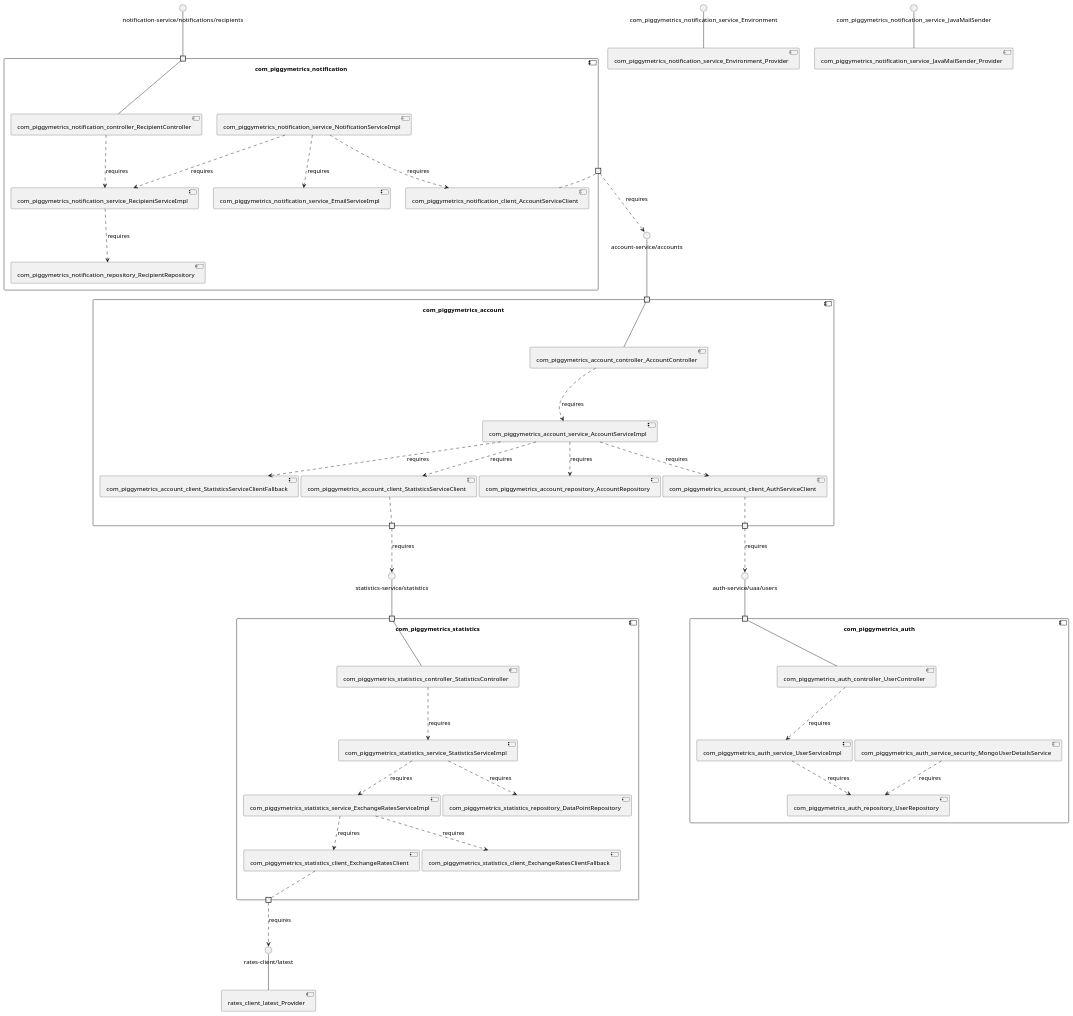
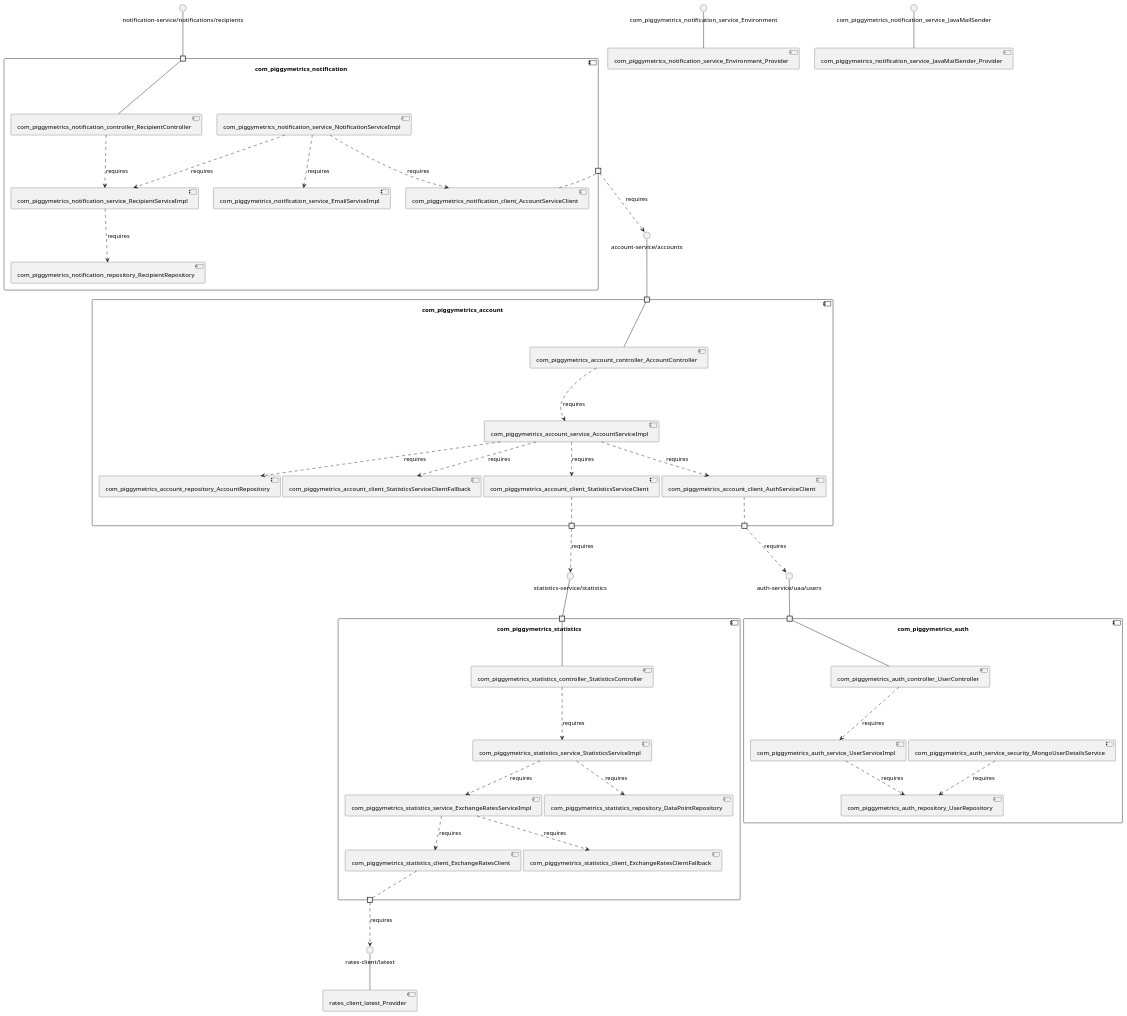
The diagram in sqshq-piggymetrics/model_re/uml/componentDiagram.puml (View-Based-Reverse-Engineering/Retriever-Benchmark), drawn with PlantUML before and after one commit. The commit also changed other lines of this file and 90 other files, not shown here.

```diff
--- a/sqshq-piggymetrics/model_re/uml/componentDiagram.puml
+++ b/sqshq-piggymetrics/model_re/uml/componentDiagram.puml
@@ -1,91 +1,91 @@
 @startuml
 skinparam fixCircleLabelOverlapping true
 skinparam componentStyle uml2
 component "com_piggymetrics_account\n\n\n\n\n\n" {
+[com_piggymetrics_account_client_StatisticsServiceClient]
+[com_piggymetrics_account_service_AccountServiceImpl]
+[com_piggymetrics_account_repository_AccountRepository]
+[com_piggymetrics_account_client_StatisticsServiceClientFallback]
+[com_piggymetrics_account_client_AuthServiceClient]
 [com_piggymetrics_account_controller_AccountController]
-[com_piggymetrics_account_client_StatisticsServiceClient]
-[com_piggymetrics_account_repository_AccountRepository]
-[com_piggymetrics_account_client_AuthServiceClient]
-[com_piggymetrics_account_client_StatisticsServiceClientFallback]
-[com_piggymetrics_account_service_AccountServiceImpl]
 portin " " as com_piggymetrics_account_requires_account_service_accounts
 portout " " as com_piggymetrics_account_provides_statistics_service_statistics
 portout " " as com_piggymetrics_account_provides_auth_service_uaa_users
+[com_piggymetrics_account_service_AccountServiceImpl]..>[com_piggymetrics_account_client_StatisticsServiceClient] : requires
+[com_piggymetrics_account_service_AccountServiceImpl]..>[com_piggymetrics_account_client_AuthServiceClient] : requires
 [com_piggymetrics_account_service_AccountServiceImpl]..>[com_piggymetrics_account_repository_AccountRepository] : requires
+[com_piggymetrics_account_service_AccountServiceImpl]..>[com_piggymetrics_account_client_StatisticsServiceClientFallback] : requires
 [com_piggymetrics_account_controller_AccountController]..>[com_piggymetrics_account_service_AccountServiceImpl] : requires
-[com_piggymetrics_account_service_AccountServiceImpl]..>[com_piggymetrics_account_client_StatisticsServiceClientFallback] : requires
-[com_piggymetrics_account_service_AccountServiceImpl]..>[com_piggymetrics_account_client_AuthServiceClient] : requires
-[com_piggymetrics_account_service_AccountServiceImpl]..>[com_piggymetrics_account_client_StatisticsServiceClient] : requires
 "com_piggymetrics_account_requires_account_service_accounts"--[com_piggymetrics_account_controller_AccountController]
+[com_piggymetrics_account_client_StatisticsServiceClient].."com_piggymetrics_account_provides_statistics_service_statistics"
 [com_piggymetrics_account_client_AuthServiceClient].."com_piggymetrics_account_provides_auth_service_uaa_users"
-[com_piggymetrics_account_client_StatisticsServiceClient].."com_piggymetrics_account_provides_statistics_service_statistics"
 }
 interface "account-service/accounts" as interface.account_service_accounts
 interface.account_service_accounts--"com_piggymetrics_account_requires_account_service_accounts"
 interface "auth-service/uaa/users" as interface.auth_service_uaa_users
 "com_piggymetrics_account_provides_auth_service_uaa_users"..>interface.auth_service_uaa_users : requires
 interface "statistics-service/statistics" as interface.statistics_service_statistics
 "com_piggymetrics_account_provides_statistics_service_statistics"..>interface.statistics_service_statistics : requires
 component "com_piggymetrics_auth\n\n\n\n\n\n" {
 [com_piggymetrics_auth_repository_UserRepository]
 [com_piggymetrics_auth_service_UserServiceImpl]
 [com_piggymetrics_auth_controller_UserController]
 [com_piggymetrics_auth_service_security_MongoUserDetailsService]
 portin " " as com_piggymetrics_auth_requires_auth_service_uaa_users
+[com_piggymetrics_auth_service_security_MongoUserDetailsService]..>[com_piggymetrics_auth_repository_UserRepository] : requires
 [com_piggymetrics_auth_service_UserServiceImpl]..>[com_piggymetrics_auth_repository_UserRepository] : requires
 [com_piggymetrics_auth_controller_UserController]..>[com_piggymetrics_auth_service_UserServiceImpl] : requires
-[com_piggymetrics_auth_service_security_MongoUserDetailsService]..>[com_piggymetrics_auth_repository_UserRepository] : requires
 "com_piggymetrics_auth_requires_auth_service_uaa_users"--[com_piggymetrics_auth_controller_UserController]
 }
 interface "auth-service/uaa/users" as interface.auth_service_uaa_users
 interface.auth_service_uaa_users--"com_piggymetrics_auth_requires_auth_service_uaa_users"
 component "com_piggymetrics_notification\n\n\n\n\n\n" {
+[com_piggymetrics_notification_client_AccountServiceClient]
+[com_piggymetrics_notification_service_NotificationServiceImpl]
+[com_piggymetrics_notification_repository_RecipientRepository]
+[com_piggymetrics_notification_service_EmailServiceImpl]
+[com_piggymetrics_notification_controller_RecipientController]
 [com_piggymetrics_notification_service_RecipientServiceImpl]
-[com_piggymetrics_notification_service_EmailServiceImpl]
-[com_piggymetrics_notification_repository_RecipientRepository]
-[com_piggymetrics_notification_controller_RecipientController]
-[com_piggymetrics_notification_service_NotificationServiceImpl]
-[com_piggymetrics_notification_client_AccountServiceClient]
 portin " " as com_piggymetrics_notification_requires_notification_service_notifications_recipients
 portout " " as com_piggymetrics_notification_provides_account_service_accounts
-[com_piggymetrics_notification_service_RecipientServiceImpl]..>[com_piggymetrics_notification_repository_RecipientRepository] : requires
 [com_piggymetrics_notification_service_NotificationServiceImpl]..>[com_piggymetrics_notification_service_EmailServiceImpl] : requires
+[com_piggymetrics_notification_service_NotificationServiceImpl]..>[com_piggymetrics_notification_service_RecipientServiceImpl] : requires
 [com_piggymetrics_notification_controller_RecipientController]..>[com_piggymetrics_notification_service_RecipientServiceImpl] : requires
 [com_piggymetrics_notification_service_NotificationServiceImpl]..>[com_piggymetrics_notification_client_AccountServiceClient] : requires
-[com_piggymetrics_notification_service_NotificationServiceImpl]..>[com_piggymetrics_notification_service_RecipientServiceImpl] : requires
+[com_piggymetrics_notification_service_RecipientServiceImpl]..>[com_piggymetrics_notification_repository_RecipientRepository] : requires
 "com_piggymetrics_notification_requires_notification_service_notifications_recipients"--[com_piggymetrics_notification_controller_RecipientController]
 [com_piggymetrics_notification_client_AccountServiceClient].."com_piggymetrics_notification_provides_account_service_accounts"
 }
 interface "notification-service/notifications/recipients" as interface.notification_service_notifications_recipients
 interface.notification_service_notifications_recipients--"com_piggymetrics_notification_requires_notification_service_notifications_recipients"
 interface "account-service/accounts" as interface.account_service_accounts
 "com_piggymetrics_notification_provides_account_service_accounts"..>interface.account_service_accounts : requires
 component "com_piggymetrics_statistics\n\n\n\n\n\n" {
-[com_piggymetrics_statistics_controller_StatisticsController]
+[com_piggymetrics_statistics_service_StatisticsServiceImpl]
 [com_piggymetrics_statistics_repository_DataPointRepository]
-[com_piggymetrics_statistics_service_StatisticsServiceImpl]
 [com_piggymetrics_statistics_service_ExchangeRatesServiceImpl]
 [com_piggymetrics_statistics_client_ExchangeRatesClientFallback]
+[com_piggymetrics_statistics_controller_StatisticsController]
 [com_piggymetrics_statistics_client_ExchangeRatesClient]
 portin " " as com_piggymetrics_statistics_requires_statistics_service_statistics
 portout " " as com_piggymetrics_statistics_provides_rates_client_latest
+[com_piggymetrics_statistics_controller_StatisticsController]..>[com_piggymetrics_statistics_service_StatisticsServiceImpl] : requires
 [com_piggymetrics_statistics_service_StatisticsServiceImpl]..>[com_piggymetrics_statistics_service_ExchangeRatesServiceImpl] : requires
-[com_piggymetrics_statistics_service_ExchangeRatesServiceImpl]..>[com_piggymetrics_statistics_client_ExchangeRatesClientFallback] : requires
-[com_piggymetrics_statistics_controller_StatisticsController]..>[com_piggymetrics_statistics_service_StatisticsServiceImpl] : requires
 [com_piggymetrics_statistics_service_StatisticsServiceImpl]..>[com_piggymetrics_statistics_repository_DataPointRepository] : requires
 [com_piggymetrics_statistics_service_ExchangeRatesServiceImpl]..>[com_piggymetrics_statistics_client_ExchangeRatesClient] : requires
+[com_piggymetrics_statistics_service_ExchangeRatesServiceImpl]..>[com_piggymetrics_statistics_client_ExchangeRatesClientFallback] : requires
 "com_piggymetrics_statistics_requires_statistics_service_statistics"--[com_piggymetrics_statistics_controller_StatisticsController]
 [com_piggymetrics_statistics_client_ExchangeRatesClient].."com_piggymetrics_statistics_provides_rates_client_latest"
 }
 interface "statistics-service/statistics" as interface.statistics_service_statistics
 interface.statistics_service_statistics--"com_piggymetrics_statistics_requires_statistics_service_statistics"
 interface "rates-client/latest" as interface.rates_client_latest
 "com_piggymetrics_statistics_provides_rates_client_latest"..>interface.rates_client_latest : requires
 interface "com_piggymetrics_notification_service_Environment" as interface.com_piggymetrics_notification_service_Environment
 interface.com_piggymetrics_notification_service_Environment--[com_piggymetrics_notification_service_Environment_Provider]
 interface "com_piggymetrics_notification_service_JavaMailSender" as interface.com_piggymetrics_notification_service_JavaMailSender
 interface.com_piggymetrics_notification_service_JavaMailSender--[com_piggymetrics_notification_service_JavaMailSender_Provider]
 interface "rates-client/latest" as interface.rates_client_latest
 interface.rates_client_latest--[rates_client_latest_Provider]
 
 @enduml
```
